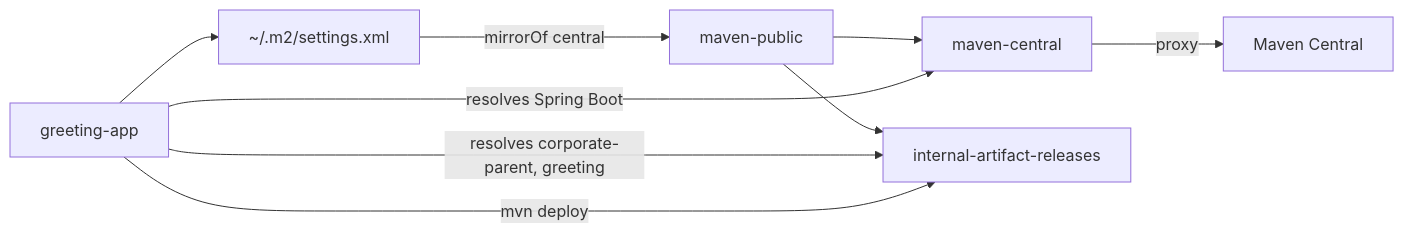
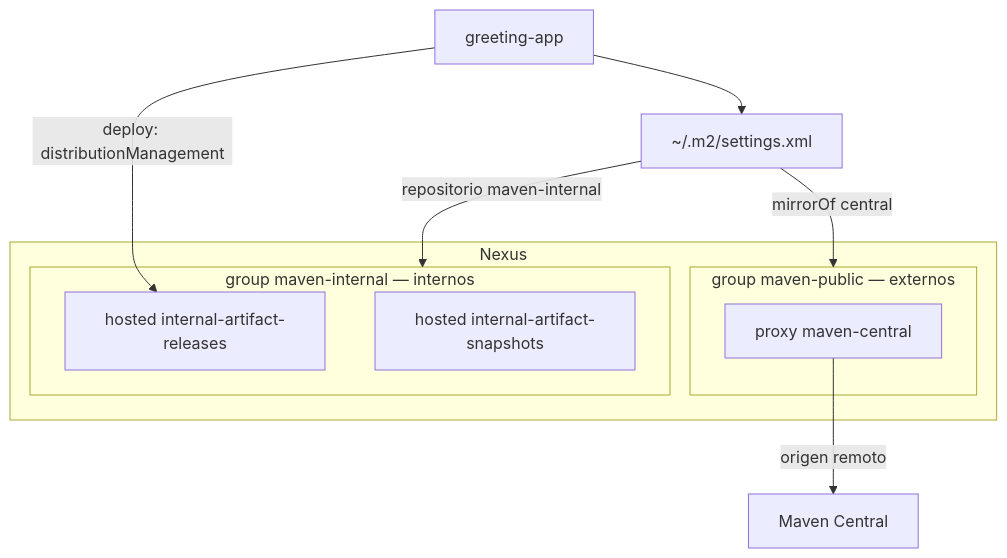
Before and after one commit to IAAA-Lab/maven-corporate-pom: the fourth of 4 diagrams in README.md, drawn with Mermaid. The commit also changed other lines of this file and 10 other files, not shown here.

First line of the commit message:
feat(nexus): split internal and public groups

````diff
--- a/README.md
+++ b/README.md
@@ -207,18 +172,23 @@
 ```mermaid
-flowchart LR
+flowchart TB
     app["greeting-app"]
-    userSettings["~/.m2/settings.xml"]
-    publicGroup["maven-public"]
-    centralProxy["maven-central"]
-    central["Maven Central"]
-    internalHosted["internal-artifact-releases"]
+    settings["~/.m2/settings.xml"]
 
-    app --> userSettings
-    userSettings -->|"mirrorOf central"| publicGroup
-    publicGroup --> centralProxy
-    publicGroup --> internalHosted
-    centralProxy -->|"proxy"| central
-    app -->|"resolves Spring Boot"| centralProxy
-    app -->|"resolves corporate-parent, greeting"| internalHosted
-    app -->|"mvn deploy"| internalHosted
+    subgraph nexus["Nexus"]
+        subgraph pub["group maven-public — externos"]
+            proxy["proxy maven-central"]
+        end
+        subgraph intern["group maven-internal — internos"]
+            hostedRel["hosted internal-artifact-releases"]
+            hostedSnap["hosted internal-artifact-snapshots"]
+        end
+    end
+
+    internet["Maven Central"]
+
+    app --> settings
+    settings -->|"mirrorOf central"| pub
+    settings -->|"repositorio maven-internal"| intern
+    proxy -->|"origen remoto"| internet
+    app -->|"deploy: distributionManagement"| hostedRel
 ```
````
